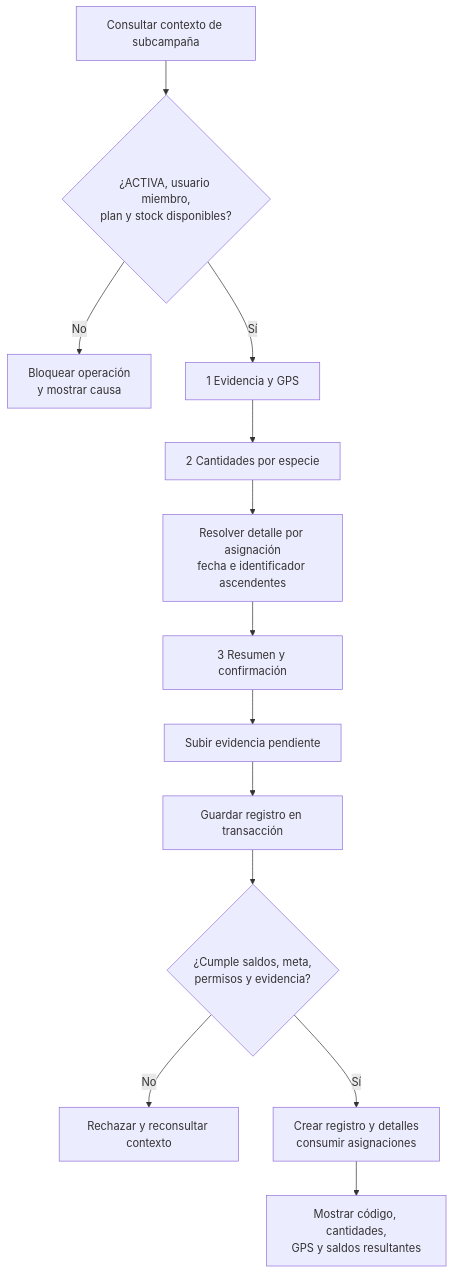
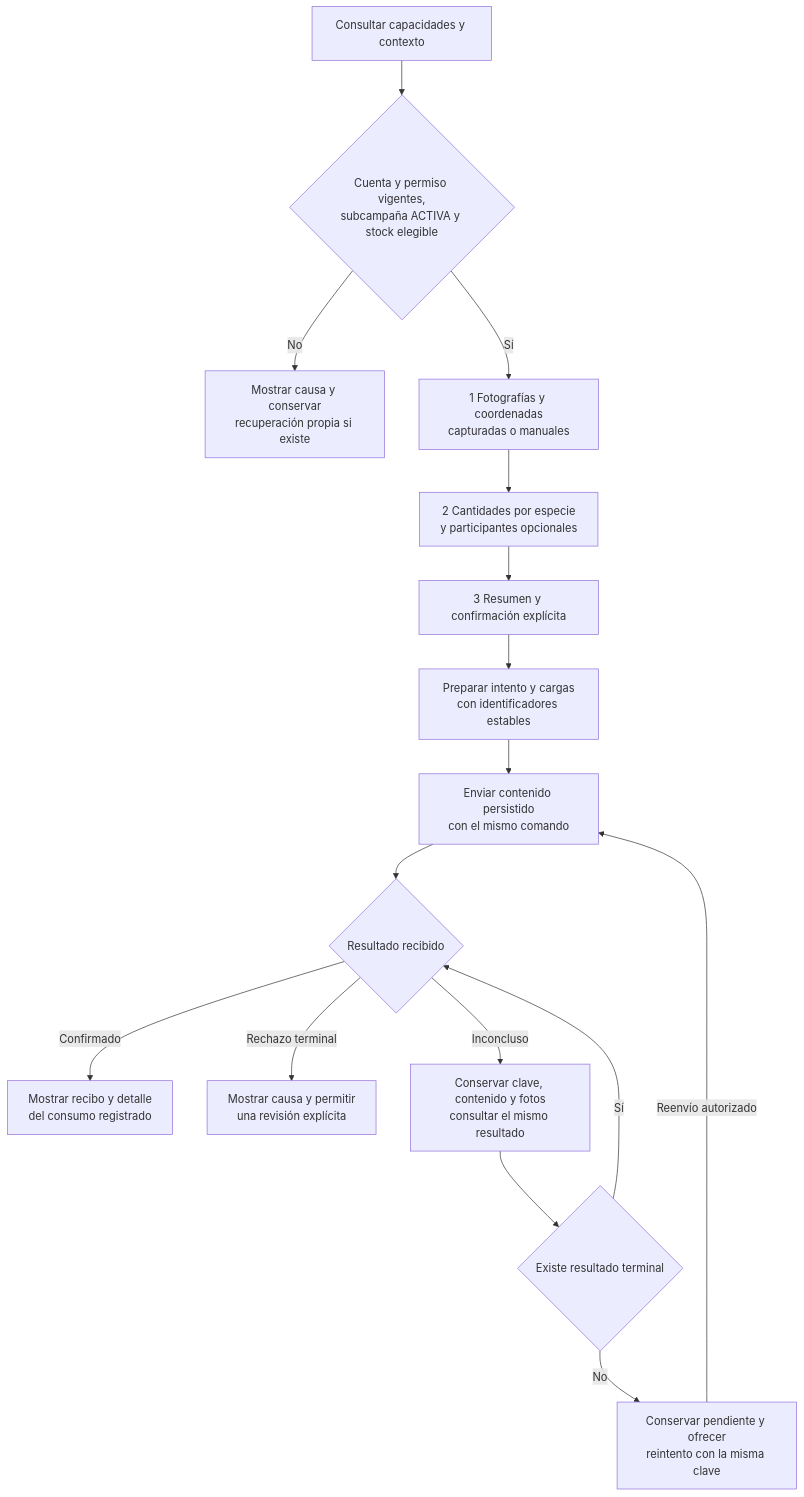
One commit to R3foresta/r3foresta-docs changed the first of 2 diagrams in documentacion-grado/06_entregables/proyecto_grado/03_3_fase_construccion.md. Above: the diagram before and after it, drawn with Mermaid. The commit also changed other lines of this file and 58 other files, not shown here.

Commit message:
docs: completar Construcción y Transición del Capítulo III con RUP

````diff
--- a/documentacion-grado/06_entregables/proyecto_grado/03_3_fase_construccion.md
+++ b/documentacion-grado/06_entregables/proyecto_grado/03_3_fase_construccion.md
@@ -59,15 +88,18 @@
 ```mermaid
 flowchart TD
-  C[Consultar contexto de subcampaña] --> P{¿ACTIVA, usuario miembro,<br/>plan y stock disponibles?}
-  P -- No --> B[Bloquear operación<br/>y mostrar causa]
-  P -- Sí --> E[1 Evidencia y GPS]
-  E --> Q[2 Cantidades por especie]
-  Q --> R[Resolver detalle por asignación<br/>fecha e identificador ascendentes]
-  R --> S[3 Resumen y confirmación]
-  S --> U[Subir evidencia pendiente]
-  U --> G[Guardar registro en transacción]
-  G --> V{¿Cumple saldos, meta,<br/>permisos y evidencia?}
-  V -- No --> X[Rechazar y reconsultar contexto]
-  V -- Sí --> F[Crear registro y detalles<br/>consumir asignaciones]
-  F --> H[Mostrar código, cantidades,<br/>GPS y saldos resultantes]
+    C[Consultar capacidades y contexto] --> P{Cuenta y permiso vigentes,<br/>subcampaña ACTIVA y stock elegible}
+    P -- No --> B[Mostrar causa y conservar<br/>recuperación propia si existe]
+    P -- Sí --> E[1 Fotografías y coordenadas<br/>capturadas o manuales]
+    E --> Q[2 Cantidades por especie<br/>y participantes opcionales]
+    Q --> S[3 Resumen y confirmación explícita]
+    S --> U[Preparar intento y cargas<br/>con identificadores estables]
+    U --> G[Enviar contenido persistido<br/>con el mismo comando]
+    G --> V{Resultado recibido}
+    V -- Confirmado --> F[Mostrar recibo y detalle<br/>del consumo registrado]
+    V -- Rechazo terminal --> X[Mostrar causa y permitir<br/>una revisión explícita]
+    V -- Inconcluso --> R[Conservar clave, contenido y fotos<br/>consultar el mismo resultado]
+    R --> T{Existe resultado terminal}
+    T -- Sí --> V
+    T -- No --> I[Conservar pendiente y ofrecer<br/>reintento con la misma clave]
+    I -- Reenvío autorizado --> G
 ```
````
